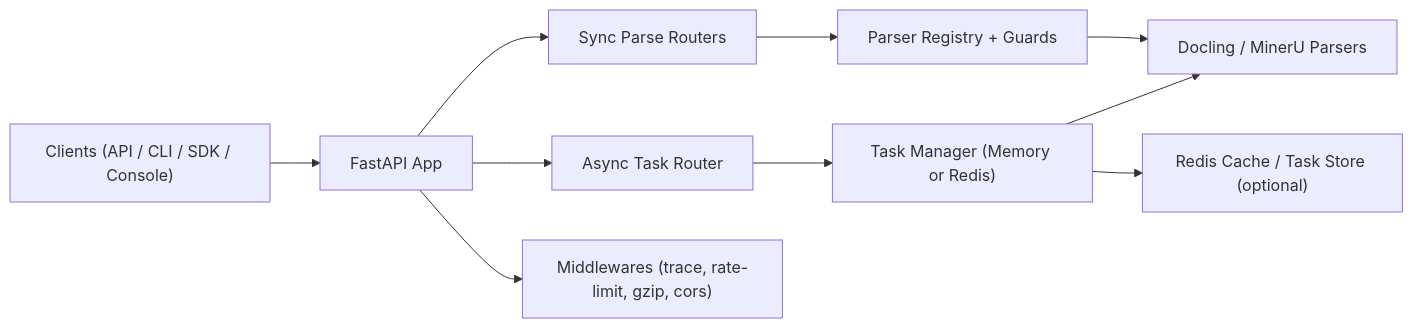
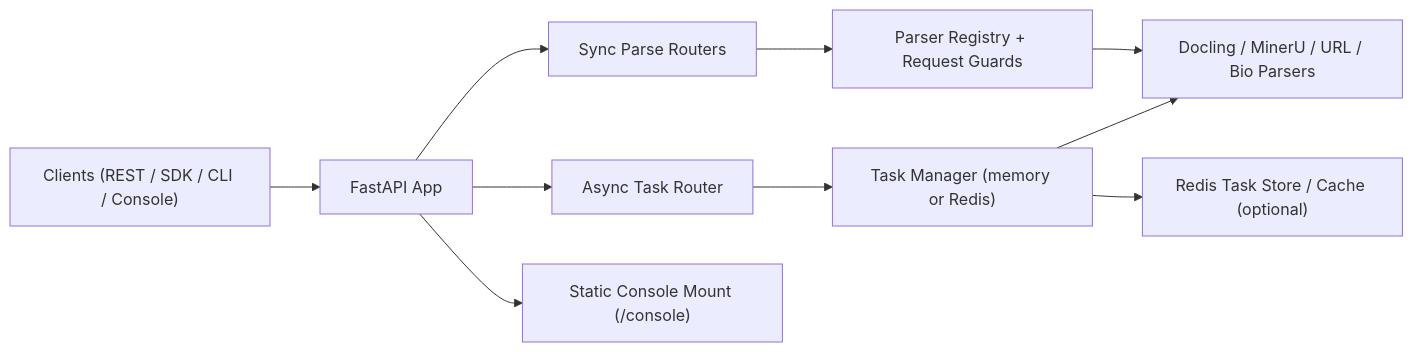
Before and after one commit to Tendo33/markio: the diagram in README.md, drawn with Mermaid. The commit also changed other lines of this file and 24 other files, not shown here.

````diff
--- a/README.md
+++ b/README.md
@@ -42,12 +52,12 @@
 ```mermaid
 flowchart LR
-    A["Clients (API / CLI / SDK / Console)"] --> B["FastAPI App"]
+    A["Clients (REST / SDK / CLI / Console)"] --> B["FastAPI App"]
     B --> C["Sync Parse Routers"]
     B --> D["Async Task Router"]
-    C --> E["Parser Registry + Guards"]
-    E --> F["Docling / MinerU Parsers"]
-    D --> G["Task Manager (Memory or Redis)"]
-    G --> F
-    G --> H["Redis Cache / Task Store (optional)"]
-    B --> I["Middlewares (trace, rate-limit, gzip, cors)"]
+    B --> E["Static Console Mount (/console)"]
+    C --> F["Parser Registry + Request Guards"]
+    F --> G["Docling / MinerU / URL / Bio Parsers"]
+    D --> H["Task Manager (memory or Redis)"]
+    H --> G
+    H --> I["Redis Task Store / Cache (optional)"]
 ```
````
